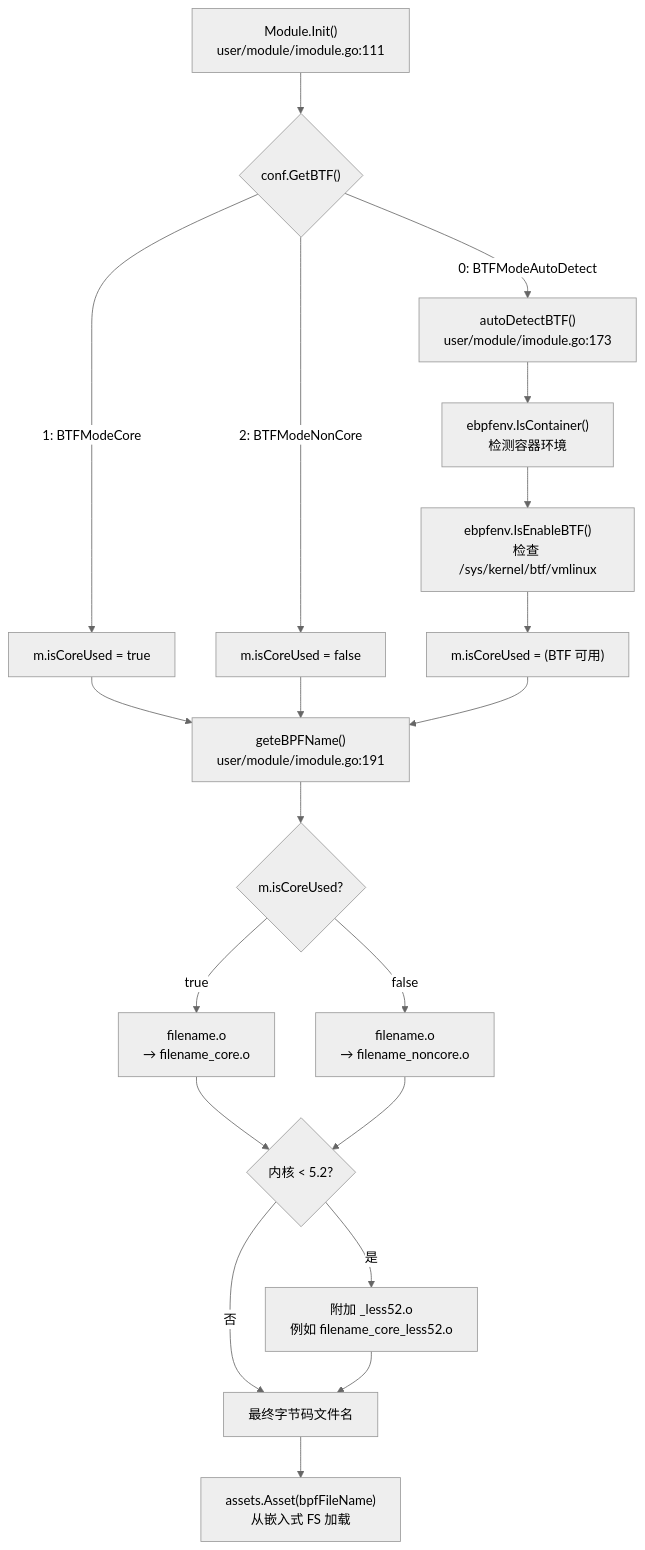
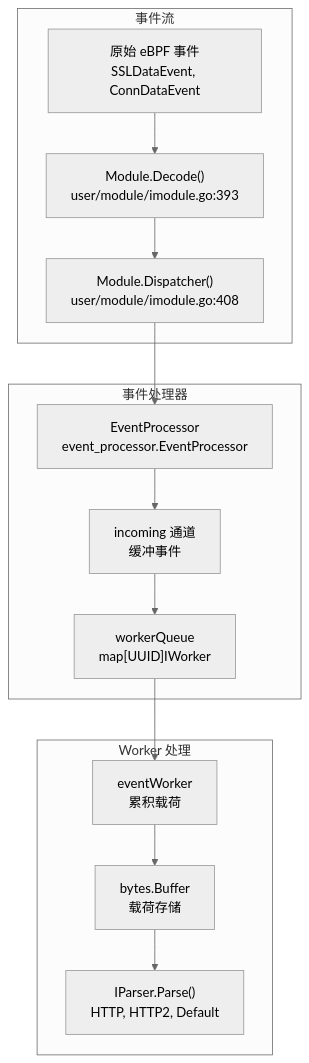
The sixth of 7 diagrams in src/zh/2-architecture/index.md (gojue/ecapture.cc), drawn with Mermaid (neutral theme) before and after one commit. The commit also changed other lines of this file and 115 other files, not shown here.

````diff
--- a/src/zh/2-architecture/index.md
+++ b/src/zh/2-architecture/index.md
@@ -500,30 +339,29 @@
 ```mermaid
 graph TB
-    ModuleInit["Module.Init()<br/>user/module/imodule.go:111"] --> CheckBTFMode{"conf.GetBTF()"}
+    subgraph "事件流"
+        RawEvent["原始 eBPF 事件<br/>SSLDataEvent, ConnDataEvent"]
+        Decoder["Module.Decode()<br/>user/module/imodule.go:393"]
+        Dispatcher["Module.Dispatcher()<br/>user/module/imodule.go:408"]
+    end
     
-    CheckBTFMode -->|0: BTFModeAutoDetect| AutoDetect["autoDetectBTF()<br/>user/module/imodule.go:173"]
-    CheckBTFMode -->|1: BTFModeCore| ForceCore["m.isCoreUsed = true"]
-    CheckBTFMode -->|2: BTFModeNonCore| ForceNonCore["m.isCoreUsed = false"]
+    subgraph "事件处理器"
+        EP["EventProcessor<br/>event_processor.EventProcessor"]
+        IncomingChan["incoming 通道<br/>缓冲事件"]
+        WorkerQueue["workerQueue<br/>map[UUID]IWorker"]
+    end
     
-    AutoDetect --> CheckContainer["ebpfenv.IsContainer()<br/>检测容器环境"]
-    CheckContainer --> CheckBTFFile["ebpfenv.IsEnableBTF()<br/>检查 /sys/kernel/btf/vmlinux"]
-    CheckBTFFile --> SetCoreFlag["m.isCoreUsed = (BTF 可用)"]
+    subgraph "Worker 处理"
+        Worker["eventWorker<br/>累积载荷"]
+        Buffer["bytes.Buffer<br/>载荷存储"]
+        Parser["IParser.Parse()<br/>HTTP, HTTP2, Default"]
+    end
     
-    ForceCore --> ApplyFilename["geteBPFName()<br/>user/module/imodule.go:191"]
-    ForceNonCore --> ApplyFilename
-    SetCoreFlag --> ApplyFilename
-    
-    ApplyFilename --> CheckMode{"m.isCoreUsed?"}
-    CheckMode -->|true| AppendCore["filename.o<br/>→ filename_core.o"]
-    CheckMode -->|false| AppendNonCore["filename.o<br/>→ filename_noncore.o"]
-    
-    AppendCore --> CheckKernel{"内核 < 5.2?"}
-    AppendNonCore --> CheckKernel
-    
-    CheckKernel -->|是| AppendLess52["附加 _less52.o<br/>例如 filename_core_less52.o"]
-    CheckKernel -->|否| FinalFilename["最终字节码文件名"]
-    
-    AppendLess52 --> FinalFilename
-    
-    FinalFilename --> AssetLookup["assets.Asset(bpfFileName)<br/>从嵌入式 FS 加载"]
+    RawEvent --> Decoder
+    Decoder --> Dispatcher
+    Dispatcher --> EP
+    EP --> IncomingChan
+    IncomingChan --> WorkerQueue
+    WorkerQueue --> Worker
+    Worker --> Buffer
+    Buffer --> Parser
 ```
````
